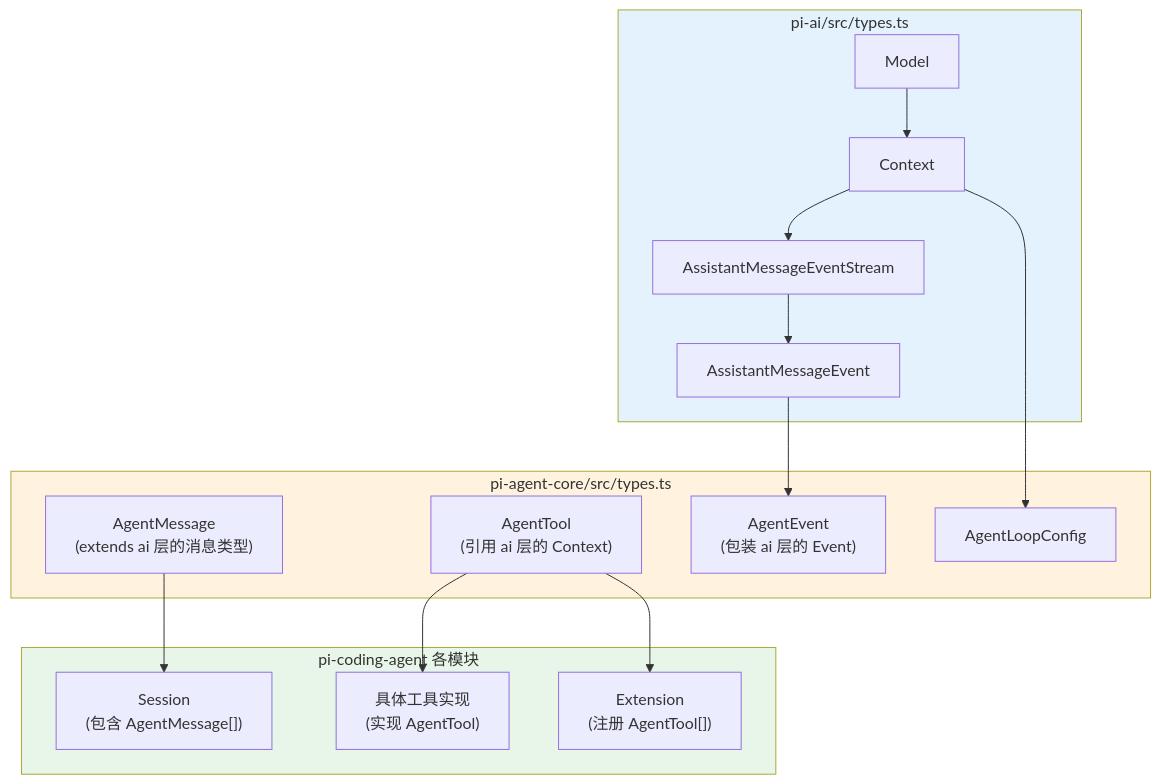
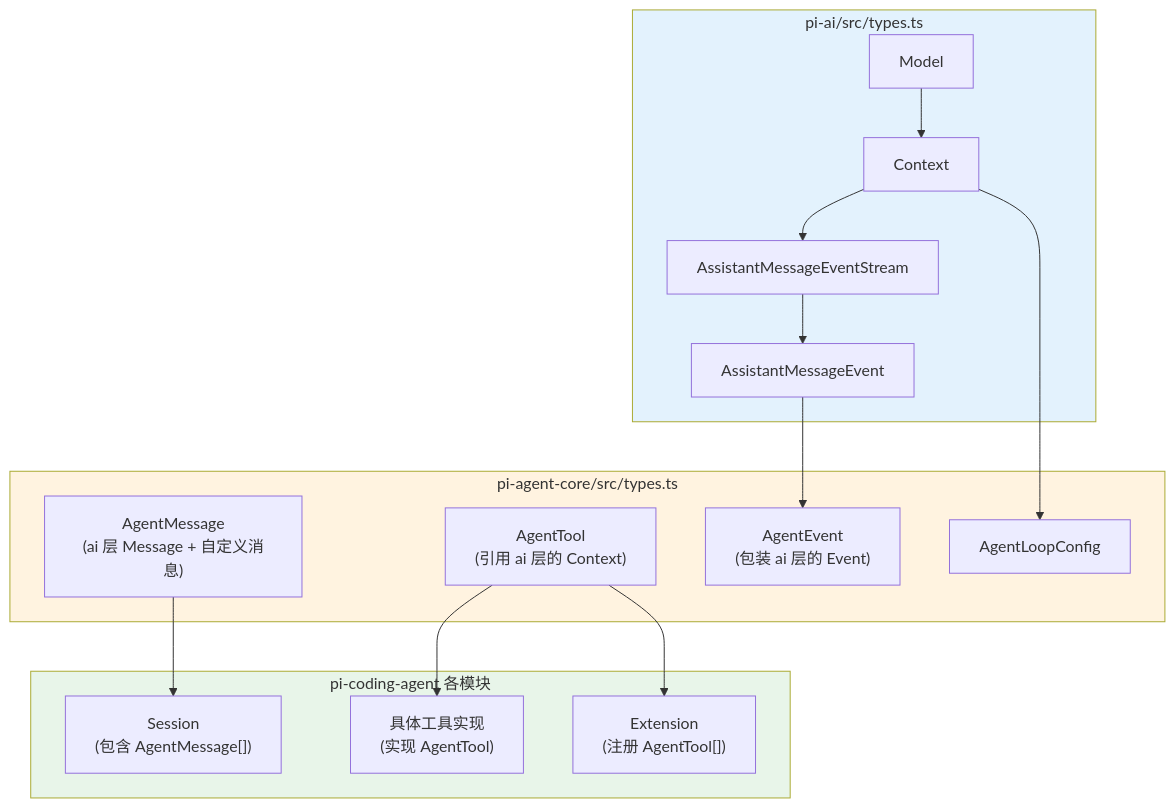
One commit to endlessc/pi-book changed the diagram in src/ch03-reading-map.md. Above: the diagram before and after it, drawn with Mermaid. The commit also changed other lines of this file and 8 other files, not shown here.

````diff
--- a/src/ch03-reading-map.md
+++ b/src/ch03-reading-map.md
@@ -67,37 +67,37 @@
 ```mermaid
 graph TD
     subgraph pi-ai["pi-ai/src/types.ts"]
         Model["Model<TApi>"]
-        Context["Context<TApi>"]
+        Context["Context"]
         Event["AssistantMessageEvent"]
         Stream["AssistantMessageEventStream"]
     end
     
     subgraph pi-agent["pi-agent-core/src/types.ts"]
-        AgentMsg["AgentMessage\n(extends ai 层的消息类型)"]
+        AgentMsg["AgentMessage\n(ai 层 Message + 自定义消息)"]
         AgentTool["AgentTool\n(引用 ai 层的 Context)"]
         AgentEvent["AgentEvent\n(包装 ai 层的 Event)"]
         AgentConfig["AgentLoopConfig"]
     end
     
     subgraph pi-coding["pi-coding-agent 各模块"]
         Session["Session\n(包含 AgentMessage[])"]
         Tool["具体工具实现\n(实现 AgentTool)"]
         ExtType["Extension\n(注册 AgentTool[])"]
     end
     
     Model --> Context
     Context --> Stream
     Stream --> Event
     
     Event --> AgentEvent
     Context --> AgentConfig
     
     AgentMsg --> Session
     AgentTool --> Tool
     AgentTool --> ExtType
     
     style pi-ai fill:#e3f2fd
     style pi-agent fill:#fff3e0
     style pi-coding fill:#e8f5e9
 ```
````
